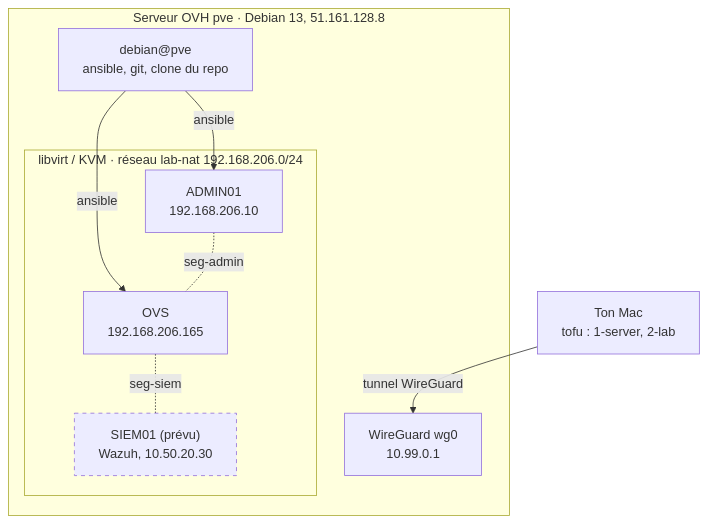
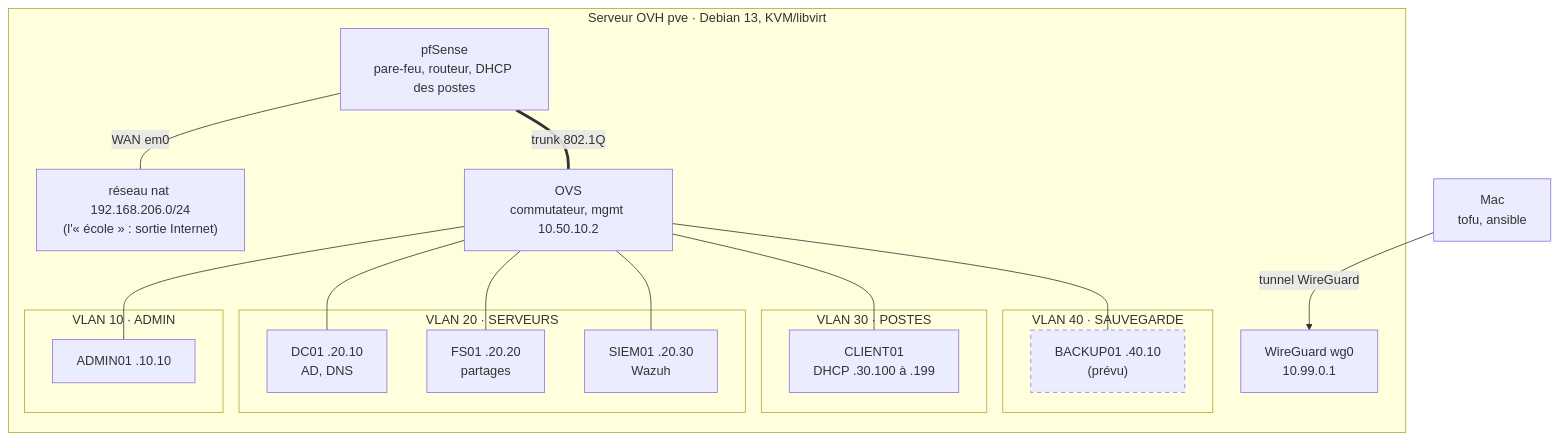
Before and after one commit to dvxam/vinoveritas-lab: the first of 3 diagrams in README.md, drawn with Mermaid. The commit also changed other lines of this file, not shown here.

````diff
--- a/README.md
+++ b/README.md
@@ -7,23 +9,34 @@
 ```mermaid
 flowchart TB
-    mac["Ton Mac<br/>tofu : 1-server, 2-lab"]
+    mac["Mac<br/>tofu, ansible"]
 
-    subgraph pve["Serveur OVH pve · Debian 13, 51.161.128.8"]
-        debian["debian@pve<br/>ansible, git, clone du repo"]
+    subgraph pve["Serveur OVH pve · Debian 13, KVM/libvirt"]
         wg["WireGuard wg0<br/>10.99.0.1"]
+        nat["réseau nat 192.168.206.0/24<br/>(l'« école » : sortie Internet)"]
 
-        subgraph libvirt["libvirt / KVM · réseau lab-nat 192.168.206.0/24"]
-            admin01["ADMIN01<br/>192.168.206.10"]
-            ovs["OVS<br/>192.168.206.165"]
-            siem01["SIEM01 (prévu)<br/>Wazuh, 10.50.20.30"]
+        pf["pfSense<br/>pare-feu, routeur, DHCP des postes"]
+        ovs["OVS<br/>commutateur, mgmt 10.50.10.2"]
+
+        subgraph z10["VLAN 10 · ADMIN"]
+            admin01["ADMIN01 .10.10"]
+        end
+        subgraph z20["VLAN 20 · SERVEURS"]
+            dc01["DC01 .20.10<br/>AD, DNS"]
+            fs01["FS01 .20.20<br/>partages"]
+            siem01["SIEM01 .20.30<br/>Wazuh"]
+        end
+        subgraph z30["VLAN 30 · POSTES"]
+            client01["CLIENT01<br/>DHCP .30.100 à .199"]
+        end
+        subgraph z40["VLAN 40 · SAUVEGARDE"]
+            backup01["BACKUP01 .40.10<br/>(prévu)"]
         end
     end
 
     mac -- "tunnel WireGuard" --> wg
-    debian -- ansible --> admin01
-    debian -- ansible --> ovs
-    admin01 -. seg-admin .- ovs
-    ovs -. seg-siem .- siem01
+    pf -- "WAN em0" --- nat
+    pf == "trunk 802.1Q" === ovs
+    ovs --- admin01 & dc01 & fs01 & siem01 & client01 & backup01
 
-    style siem01 stroke-dasharray: 5 5
+    style backup01 stroke-dasharray: 5 5
 ```
````
